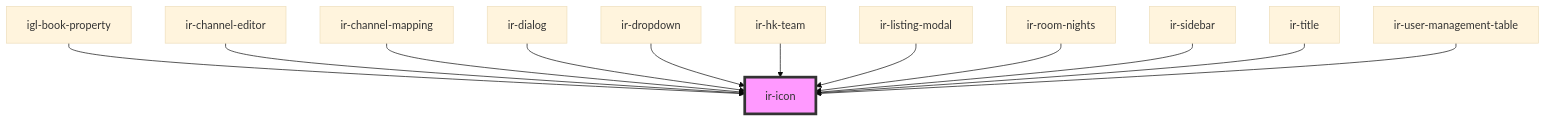
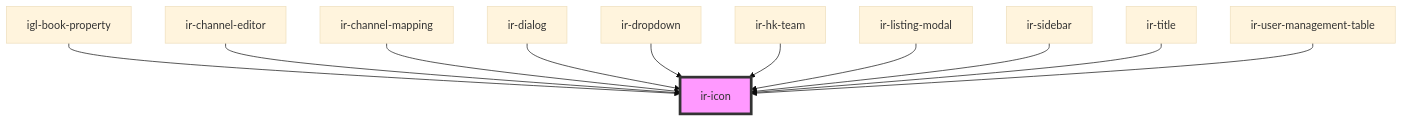
One commit to David1Chowaifaty/modified-ir-webcmp changed the diagram in src/components/ui/ir-icon/readme.md. Above: the diagram before and after it, drawn with Mermaid (base theme). The commit also changed other lines of this file and 17 other files, not shown here.

````diff
--- a/src/components/ui/ir-icon/readme.md
+++ b/src/components/ui/ir-icon/readme.md
@@ -39,15 +38,14 @@
 ```mermaid
 graph TD;
   igl-book-property --> ir-icon
   ir-channel-editor --> ir-icon
   ir-channel-mapping --> ir-icon
   ir-dialog --> ir-icon
   ir-dropdown --> ir-icon
   ir-hk-team --> ir-icon
   ir-listing-modal --> ir-icon
-  ir-room-nights --> ir-icon
   ir-sidebar --> ir-icon
   ir-title --> ir-icon
   ir-user-management-table --> ir-icon
   style ir-icon fill:#f9f,stroke:#333,stroke-width:4px
 ```
````
